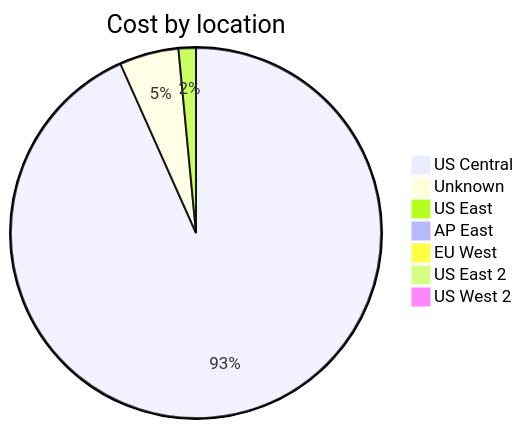
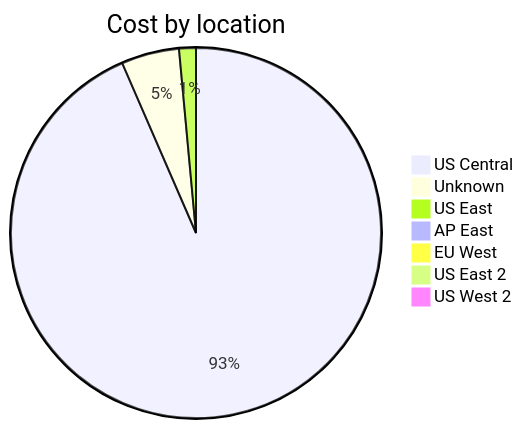
One commit to jpfulton/azure-personal-reports changed the third of 4 diagrams in cost-reports/accumulated-cost.md. Above: the diagram before and after it, drawn with Mermaid. The commit also changed other lines of this file and 4 other files, not shown here.

````diff
--- a/cost-reports/accumulated-cost.md
+++ b/cost-reports/accumulated-cost.md
@@ -123,11 +123,11 @@
 ```mermaid
 pie
    title Cost by location
-   "US Central" : 10.46
-   "Unknown" : 0.58
-   "US East" : 0.17
+   "US Central" : 11.47
+   "Unknown" : 0.62
+   "US East" : 0.18
    "AP East" : 0.00
    "EU West" : 0.00
    "US East 2" : 0.00
    "US West 2" : 0.00
 ```
````
